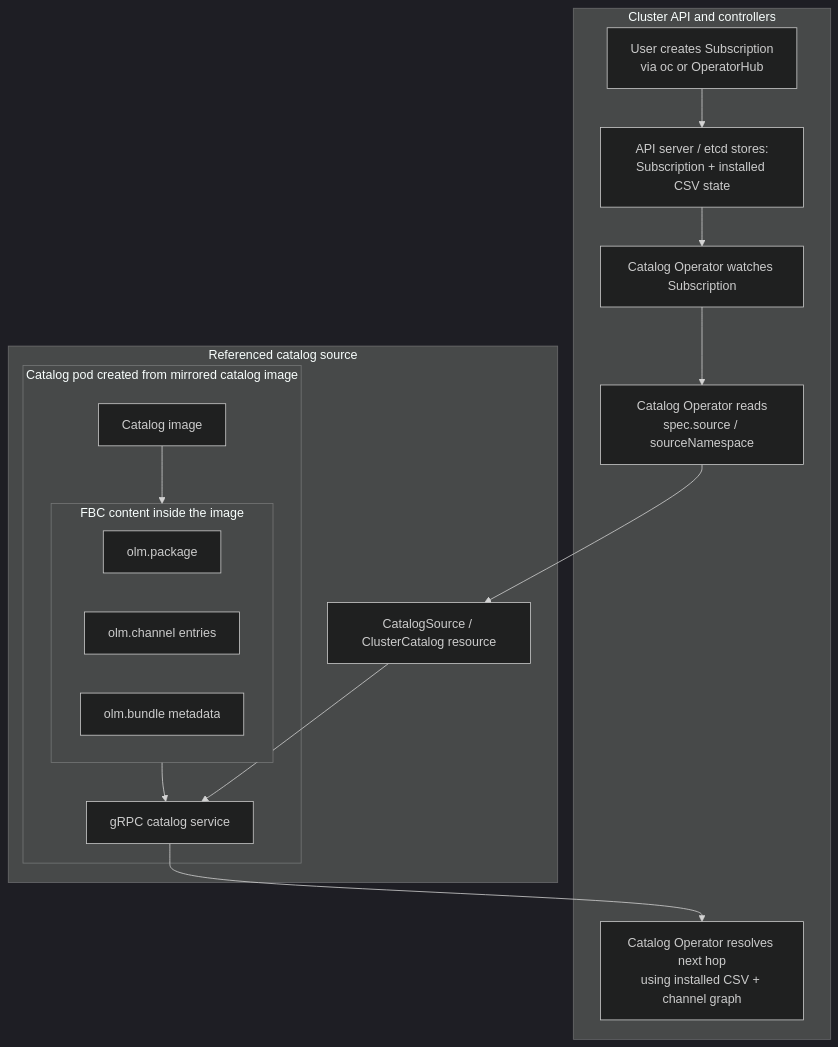
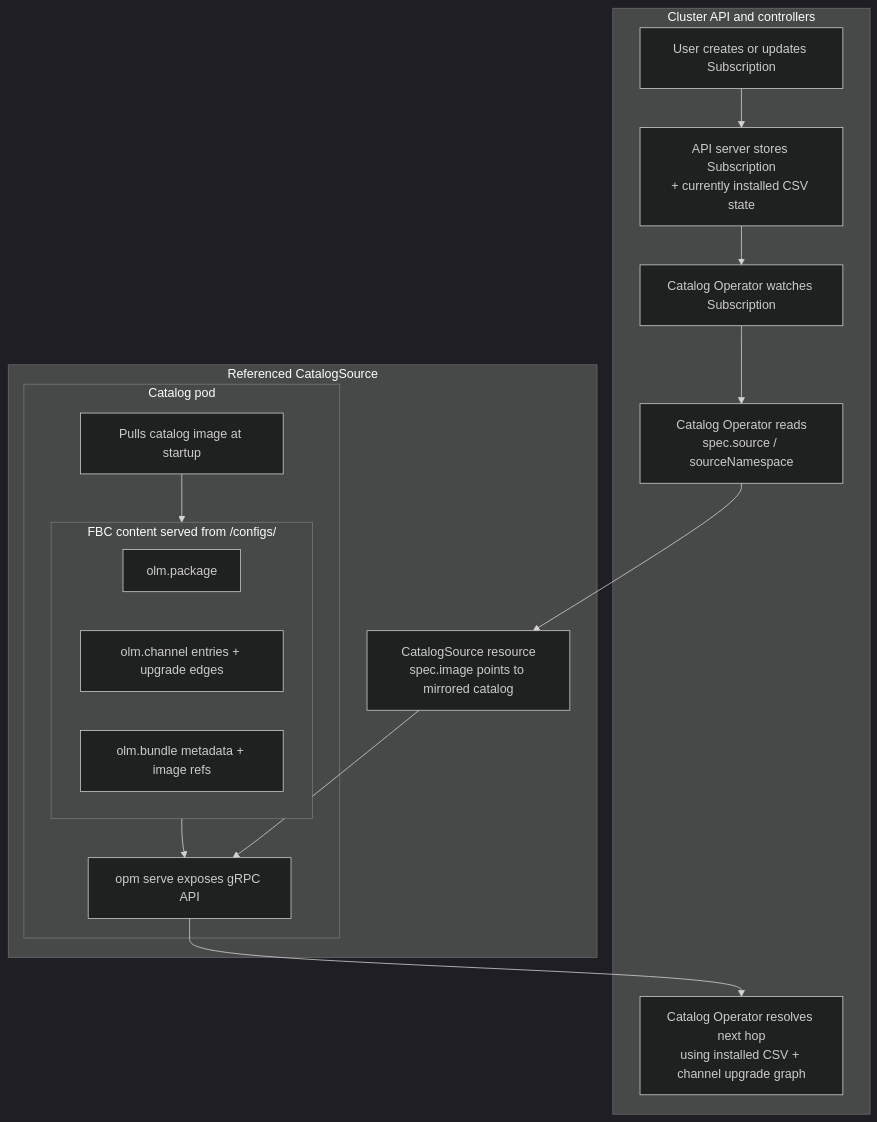
The first of 4 diagrams in README.md (idanherman/oc-mirror-guide), drawn with Mermaid (dark theme) before and after one commit. The commit also changed other lines of this file, not shown here.

First line of the commit message:
Clarify bundle image, OperatorGroup, diagram, and fix term ordering

````diff
--- a/README.md
+++ b/README.md
@@ -189,26 +189,26 @@
 ```mermaid
 flowchart TB
   subgraph cluster["Cluster API and controllers"]
-    A["User creates Subscription<br/>via oc or OperatorHub"]
-    B["API server / etcd stores:<br/>Subscription + installed CSV state"]
+    A["User creates or updates Subscription"]
+    B["API server stores Subscription<br/>+ currently installed CSV state"]
     C["Catalog Operator watches Subscription"]
     D["Catalog Operator reads<br/>spec.source / sourceNamespace"]
-    F["Catalog Operator resolves next hop<br/>using installed CSV + channel graph"]
+    F["Catalog Operator resolves next hop<br/>using installed CSV + channel upgrade graph"]
   end
 
-  subgraph catalog_source["Referenced catalog source"]
-    CS["CatalogSource / ClusterCatalog resource"]
-    subgraph catalog_pod["Catalog pod created from mirrored catalog image"]
-      IMG["Catalog image"]
-      subgraph fbc["FBC content inside the image"]
+  subgraph catalog_source["Referenced CatalogSource"]
+    CS["CatalogSource resource<br/>spec.image points to mirrored catalog"]
+    subgraph catalog_pod["Catalog pod"]
+      IMG["Pulls catalog image at startup"]
+      subgraph fbc["FBC content served from /configs/"]
         PKG["olm.package"]
-        CH["olm.channel entries"]
-        BND["olm.bundle metadata"]
+        CH["olm.channel entries + upgrade edges"]
+        BND["olm.bundle metadata + image refs"]
       end
-      GRPC["gRPC catalog service"]
+      GRPC["opm serve exposes gRPC API"]
     end
   end
 
   A --> B --> C --> D --> CS --> GRPC --> F
   IMG --> fbc --> GRPC
 ```
````
